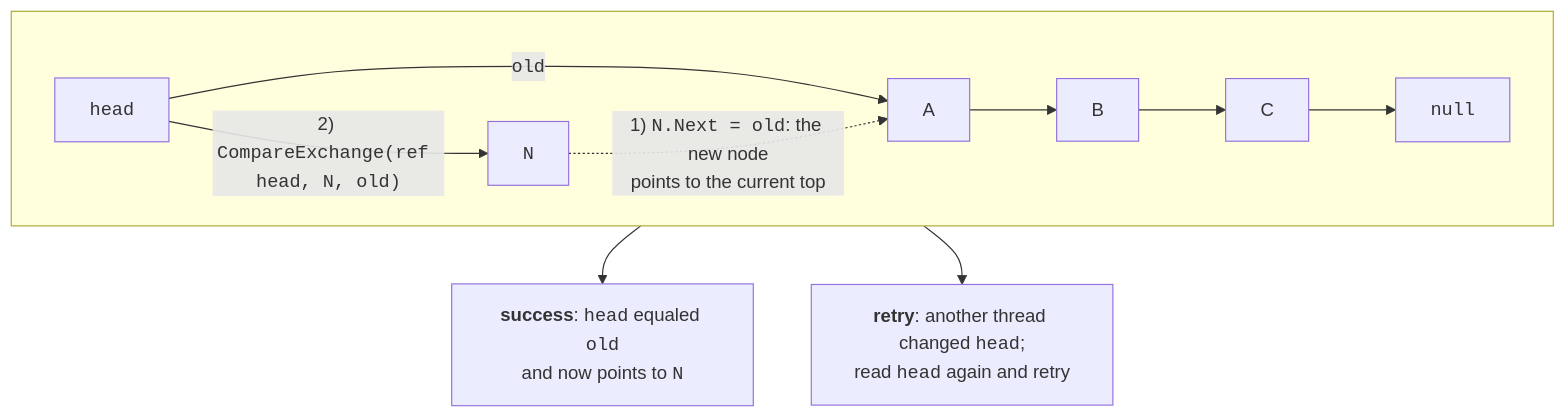
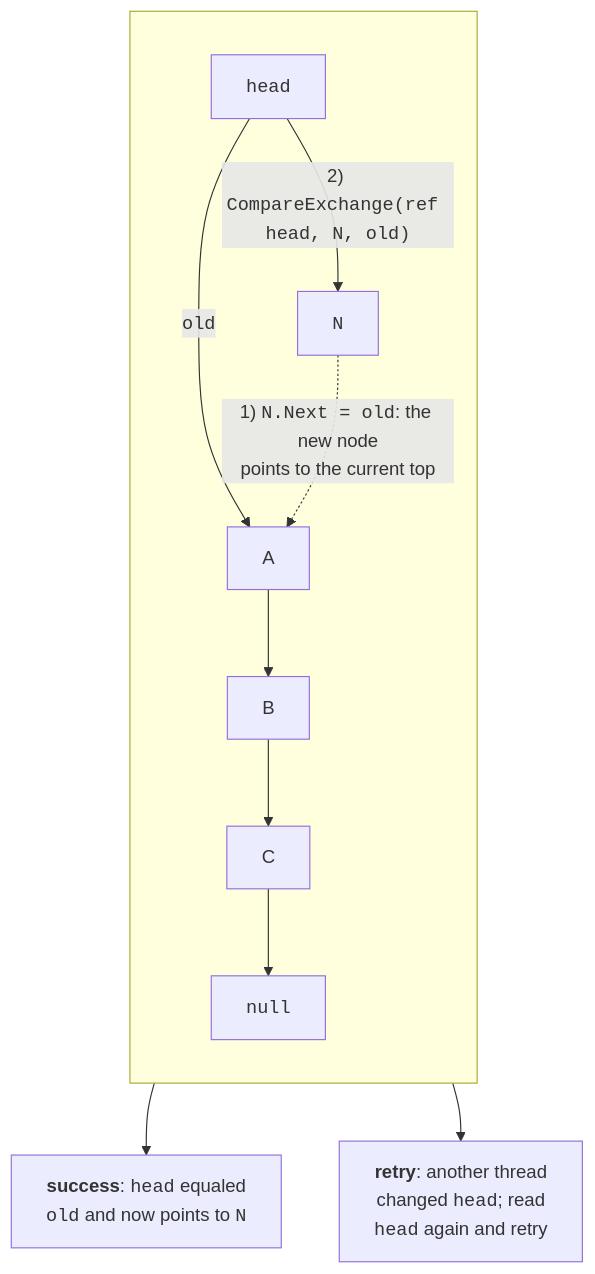
One commit to musicvano/Blog changed the second of 2 diagrams in src/courses/parallel/04-concurrent-collections/lock-free.md. Above: the diagram before and after it, drawn with Mermaid. The commit also changed other lines of this file and 583 other files, not shown here.

````diff
--- a/src/courses/parallel/04-concurrent-collections/lock-free.md
+++ b/src/courses/parallel/04-concurrent-collections/lock-free.md
@@ -86,11 +86,11 @@
 ```mermaid
 flowchart TB
   subgraph S[" "]
-    direction LR
+    direction TB
     H["<code>head</code>"] -->|"<code>old</code>"| A["A"] --> B["B"] --> C["C"] --> NUL["<code>null</code>"]
     N["<code>N</code>"] -.->|"1) <code>N.Next = old</code>: the new node<br>points to the current top"| A
     H -->|"2) <code>CompareExchange(ref head, N, old)</code>"| N
   end
-  S --> OK["<b>success</b>: <code>head</code> equaled <code>old</code><br>and now points to <code>N</code>"]
-  S --> RETRY["<b>retry</b>: another thread changed <code>head</code>;<br>read <code>head</code> again and retry"]
+  S --> OK["<b>success</b>: <code>head</code> equaled<br><code>old</code> and now points to <code>N</code>"]
+  S --> RETRY["<b>retry</b>: another thread<br>changed <code>head</code>; read<br><code>head</code> again and retry"]
 ```
````
